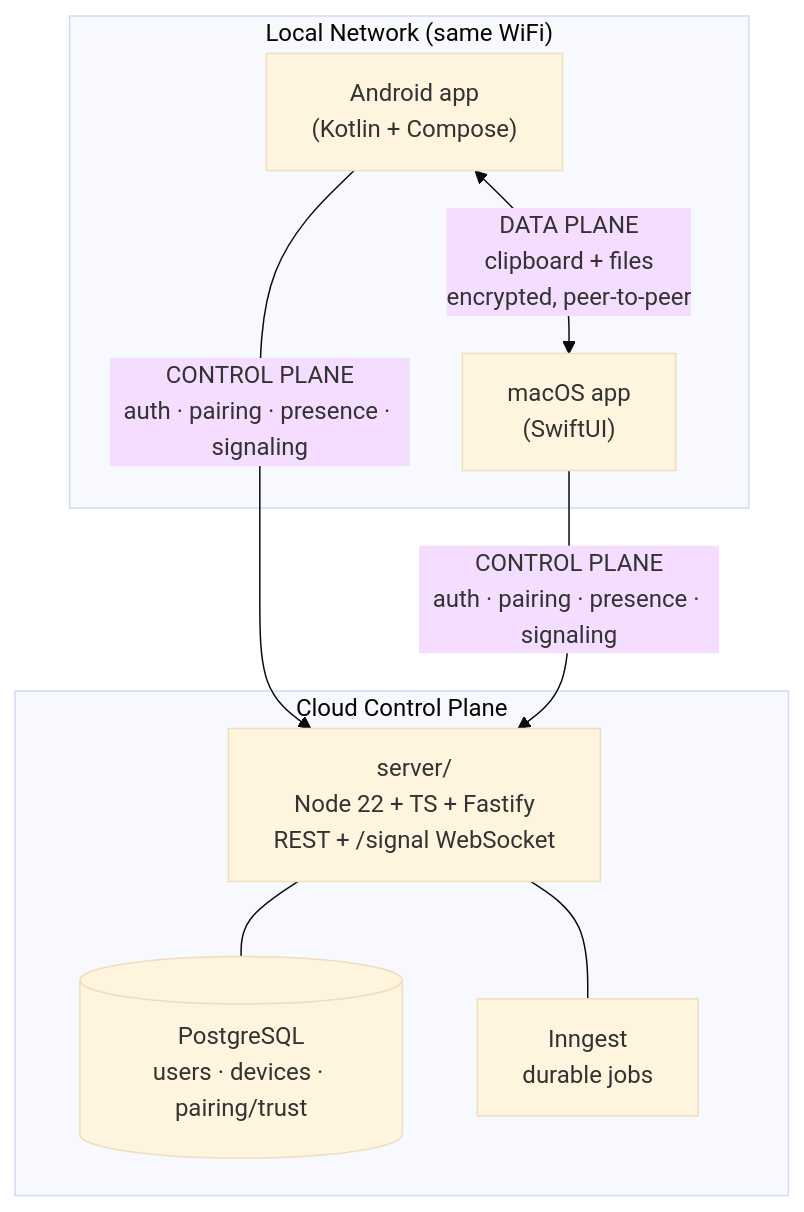
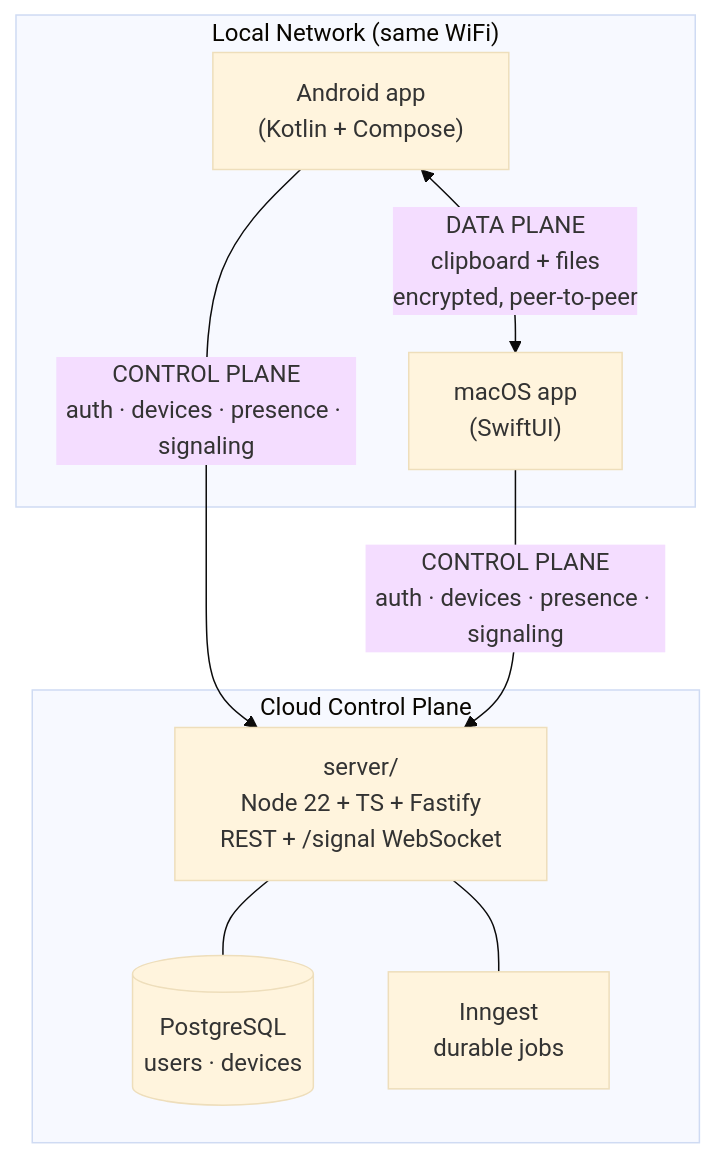
The diagram in docs/PRD.md (mrstrange1708/FuseOS), drawn with Mermaid (base theme) before and after one commit. The commit also changed other lines of this file and 11 other files, not shown here.

First line of the commit message:
docs: trust is the account, not a pairing code

````diff
--- a/docs/PRD.md
+++ b/docs/PRD.md
@@ -87,21 +87,21 @@
 ```mermaid
 flowchart TB
     subgraph LAN["Local Network (same WiFi)"]
         A["Android app<br/>(Kotlin + Compose)"]
         M["macOS app<br/>(SwiftUI)"]
         A <-->|"DATA PLANE<br/>clipboard + files<br/>encrypted, peer-to-peer"| M
     end
 
     subgraph Cloud["Cloud Control Plane"]
         S["server/<br/>Node 22 + TS + Fastify<br/>REST + /signal WebSocket"]
-        DB[("PostgreSQL<br/>users · devices · pairing/trust")]
+        DB[("PostgreSQL<br/>users · devices")]
         IJ["Inngest<br/>durable jobs"]
         S --- DB
         S --- IJ
     end
 
-    A -->|"CONTROL PLANE<br/>auth · pairing · presence · signaling"| S
-    M -->|"CONTROL PLANE<br/>auth · pairing · presence · signaling"| S
+    A -->|"CONTROL PLANE<br/>auth · devices · presence · signaling"| S
+    M -->|"CONTROL PLANE<br/>auth · devices · presence · signaling"| S
 
     classDef data stroke-width:2px;
 ```
````
